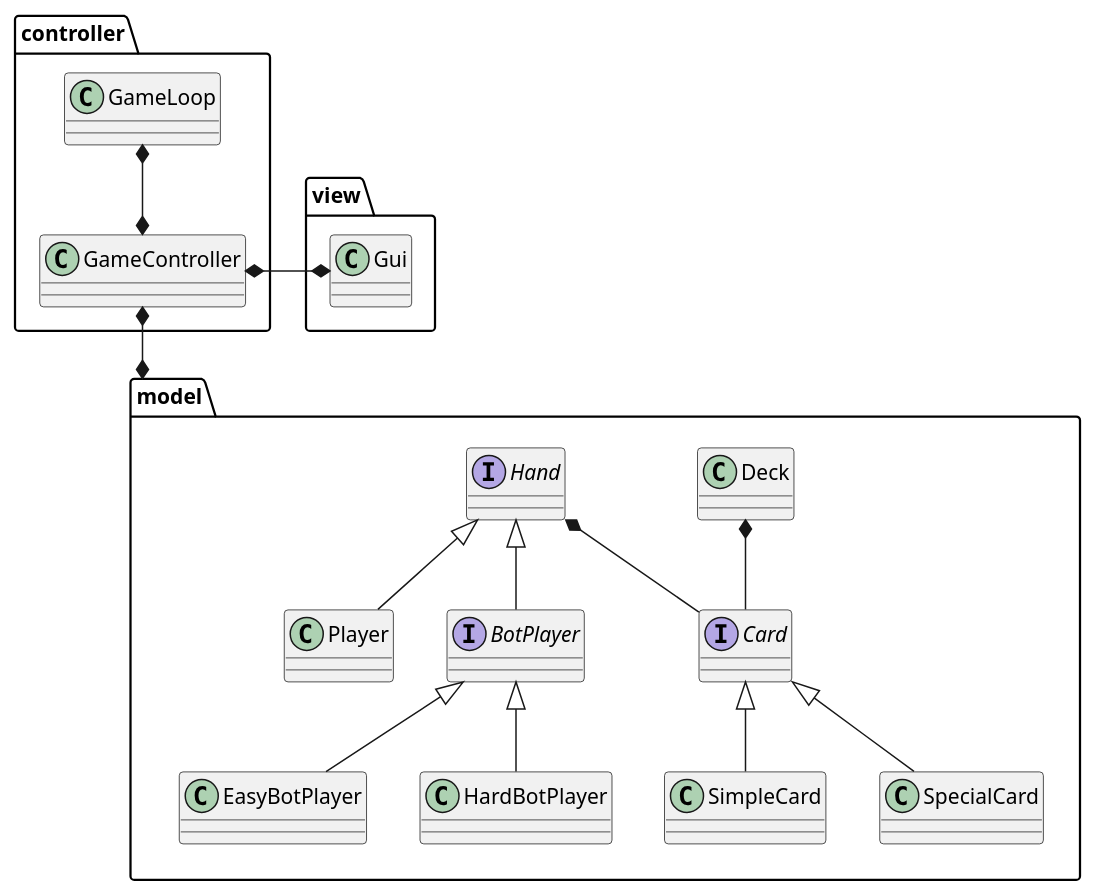
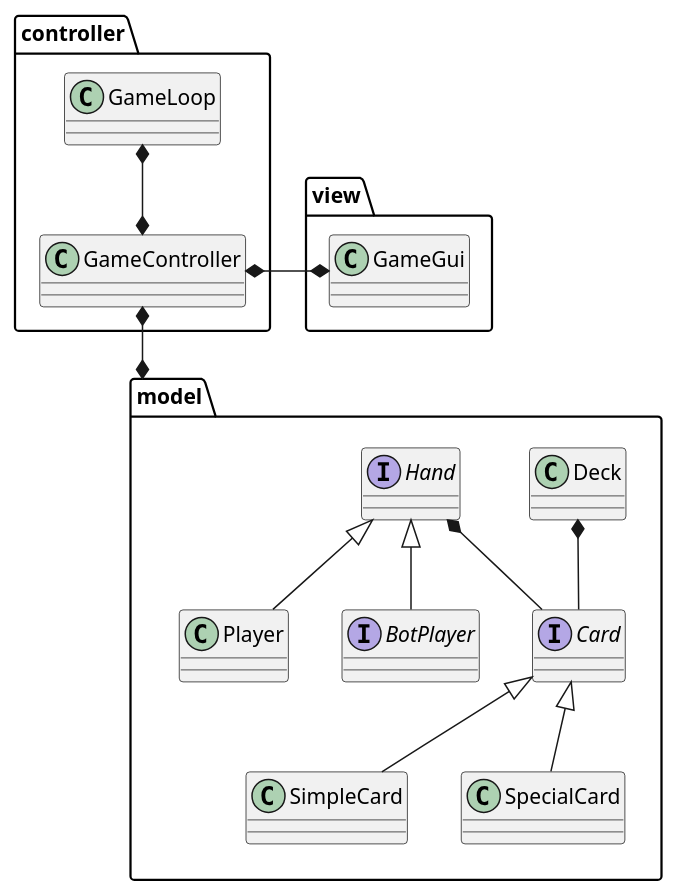
The diagram in docs/uml/src/design_architetturale.plantuml (CrazyPingu/PPS-23-Uno), drawn with PlantUML before and after one commit. The commit also changed 1 other file, not shown here.

Commit message:
Update UML Diagram

```diff
--- a/docs/uml/src/design_architetturale.plantuml
+++ b/docs/uml/src/design_architetturale.plantuml
@@ -1,47 +1,44 @@
 @startuml
 
 package model {
     interface Card
 
     Class SimpleCard extends Card
 
     Class SpecialCard extends Card
 
     Class Deck
 
     interface Hand
 
     Class Player extends Hand
 
     interface BotPlayer extends Hand
 
-    class EasyBotPlayer extends BotPlayer
-
-    class HardBotPlayer extends BotPlayer
 }
 
 package controller {
     class GameLoop
 
     class GameController
 }
 
 package view {
-    class Gui
+    class GameGui
 }
 
 model.Deck *-- model.Card
 model.Hand *-- model.Card
 
 controller.GameLoop *--* controller.GameController
 
-view.Gui *-left-* controller.GameController
+view.GameGui *-left-* controller.GameController
 
 'controller.GameController *-u- model.Deck
 'model.Player *-u-* controller.GameController
 'model.BotPlayer *-u-* controller.GameController
 
 model *-u-* controller.GameController
 
 
 @enduml
```
